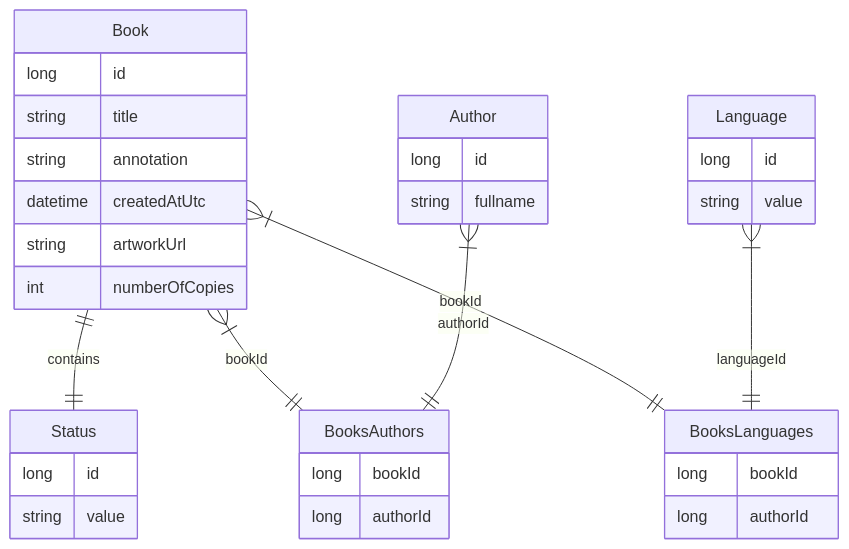
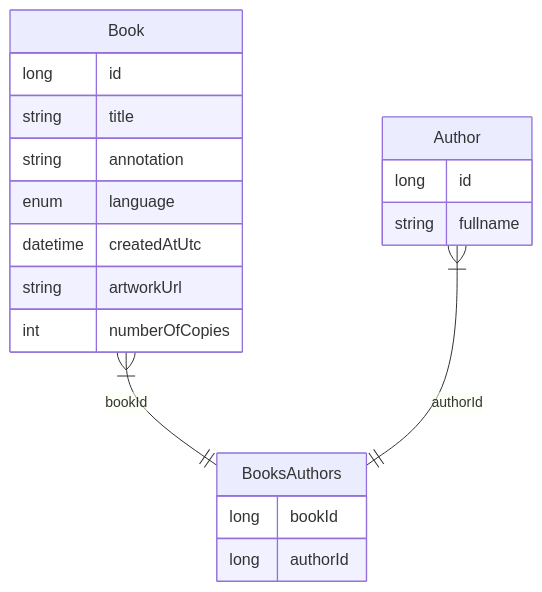
The diagram in README.md (TourmalineCore/inner-circle-books-api), drawn with Mermaid before and after one commit.

Commit message:
chore: remove status for this iteration, add language to book table as enum

````diff
--- a/README.md
+++ b/README.md
@@ -4,36 +4,22 @@
 ```mermaid
 erDiagram
 Book{
   long id
   string title
   string annotation
+  enum language
   datetime createdAtUtc
   string artworkUrl
   int numberOfCopies
-}
-Status{
-  long id
-  string value
 }
 Author{
   long id
   string fullname
 }
-Language{
-  long id
-  string value
-}
 BooksAuthors{
     long bookId
     long authorId
 }
-BooksLanguages{
-    long bookId
-    long authorId
-}
-Book ||--|| Status: contains
 Book }|--|| BooksAuthors: bookId
 Author }|--|| BooksAuthors: authorId
-Book }|--|| BooksLanguages: bookId 
-Language }|--|| BooksLanguages: languageId
 ```
````
